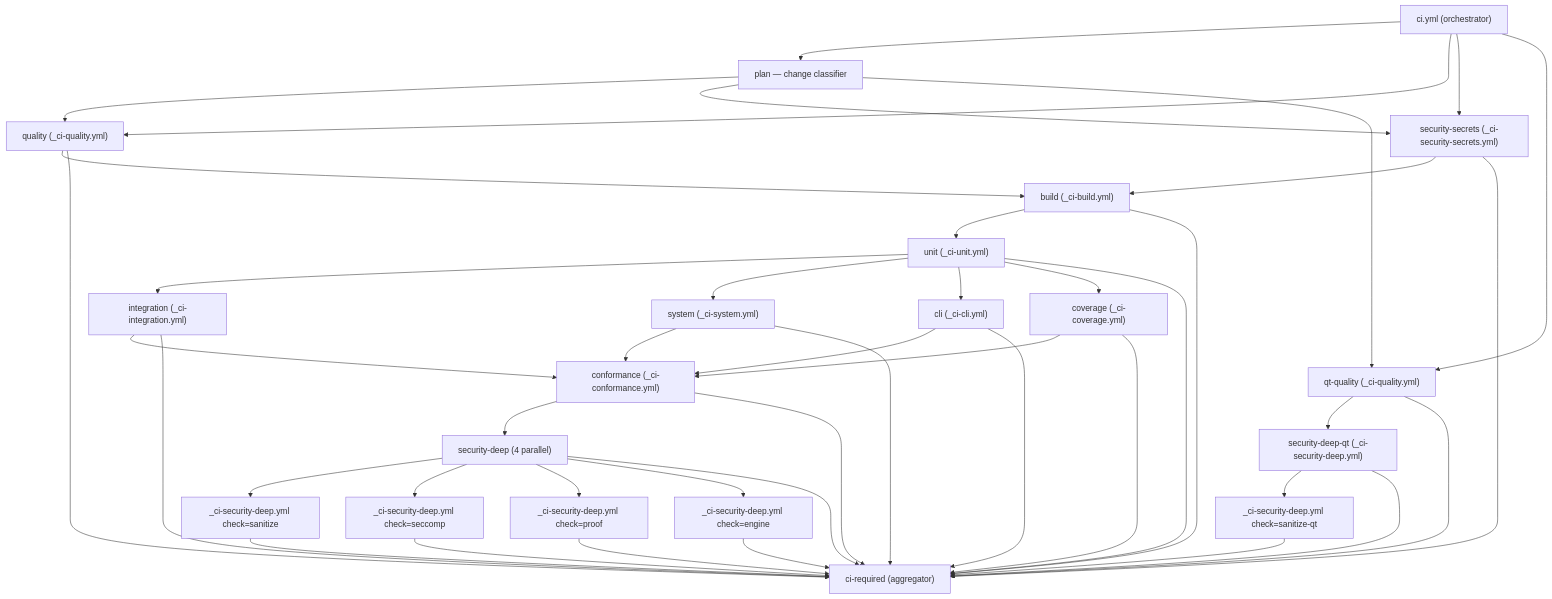
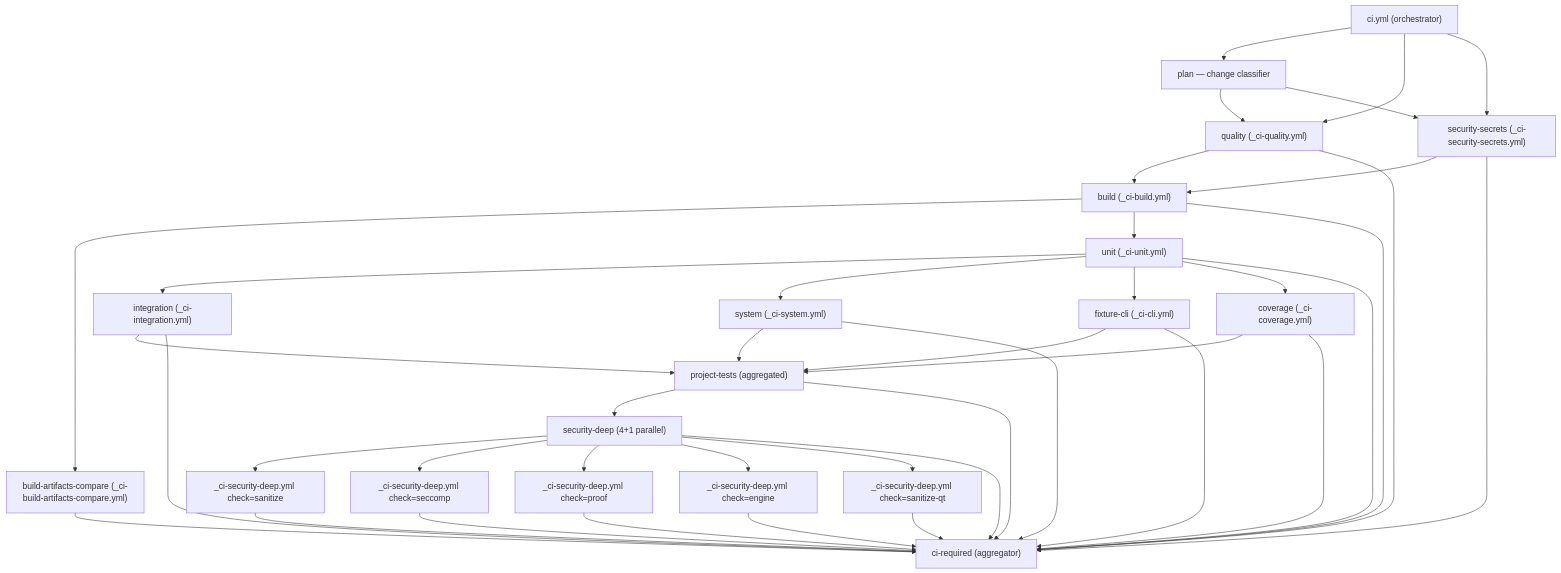
Before and after one commit to deeprnd/tickoni: the diagram in doc/execution/ci.md, drawn with Mermaid. The commit also changed other lines of this file and 18 other files, not shown here.

````diff
--- a/doc/execution/ci.md
+++ b/doc/execution/ci.md
@@ -54,45 +54,42 @@
 ```mermaid
 flowchart TD
     A["ci.yml (orchestrator)"] --> B["plan — change classifier"]
     A --> Q["quality (_ci-quality.yml)"]
     A --> S["security-secrets (_ci-security-secrets.yml)"]
-    A --> QTQ["qt-quality (_ci-quality.yml)"]
     B --> Q
     B --> S
-    B --> QTQ
     Q --> Bld["build (_ci-build.yml)"]
     S --> Bld
-    QTQ --> QtSec["security-deep-qt (_ci-security-deep.yml)"]
-    QtSec --> QtSec1["_ci-security-deep.yml check=sanitize-qt"]
+    Bld --> BAC["build-artifacts-compare (_ci-build-artifacts-compare.yml)"]
     Bld --> U["unit (_ci-unit.yml)"]
     U --> I["integration (_ci-integration.yml)"]
     U --> Sys["system (_ci-system.yml)"]
-    U --> D["cli (_ci-cli.yml)"]
+    U --> FC["fixture-cli (_ci-cli.yml)"]
     U --> Cov["coverage (_ci-coverage.yml)"]
-    I --> C["conformance (_ci-conformance.yml)"]
-    Sys --> C
-    D --> C
-    Cov --> C
-    C --> SD["security-deep (4 parallel)"]
+    Cov --> FT["project-tests (aggregated)"]
+    I --> FT
+    Sys --> FT
+    FC --> FT
+    FT --> SD["security-deep (4+1 parallel)"]
     SD --> SD1["_ci-security-deep.yml check=sanitize"]
     SD --> SD2["_ci-security-deep.yml check=seccomp"]
     SD --> SD3["_ci-security-deep.yml check=proof"]
     SD --> SD4["_ci-security-deep.yml check=engine"]
+    SD --> SD5["_ci-security-deep.yml check=sanitize-qt"]
     SD1 --> R["ci-required (aggregator)"]
     SD2 --> R
     SD3 --> R
     SD4 --> R
-    QtSec1 --> R
+    SD5 --> R
     Q --> R
     S --> R
-    QTQ --> R
-    QtSec --> R
     Bld --> R
+    BAC --> R
     U --> R
     I --> R
     Sys --> R
-    D --> R
+    FC --> R
     Cov --> R
-    C --> R
+    FT --> R
     SD --> R
 ```
````
